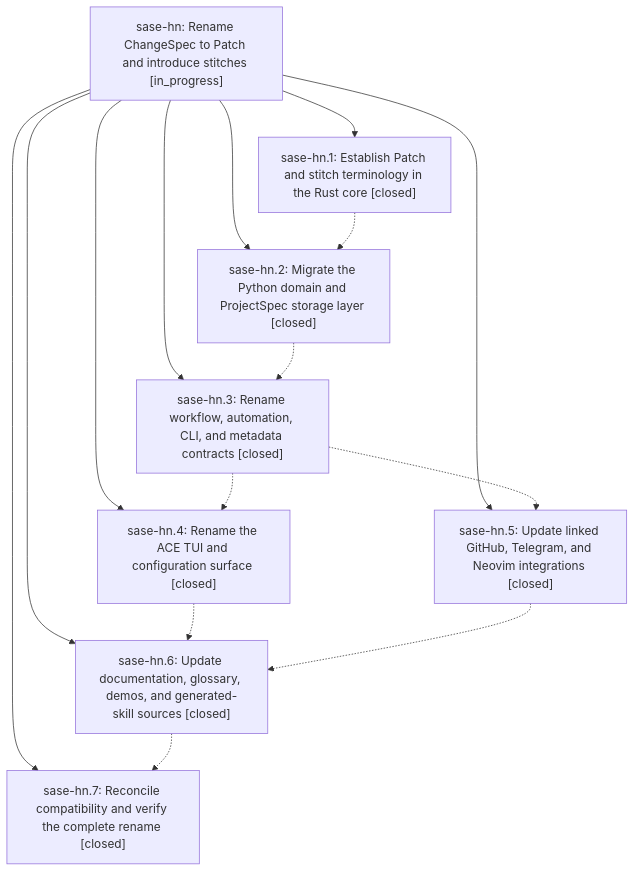
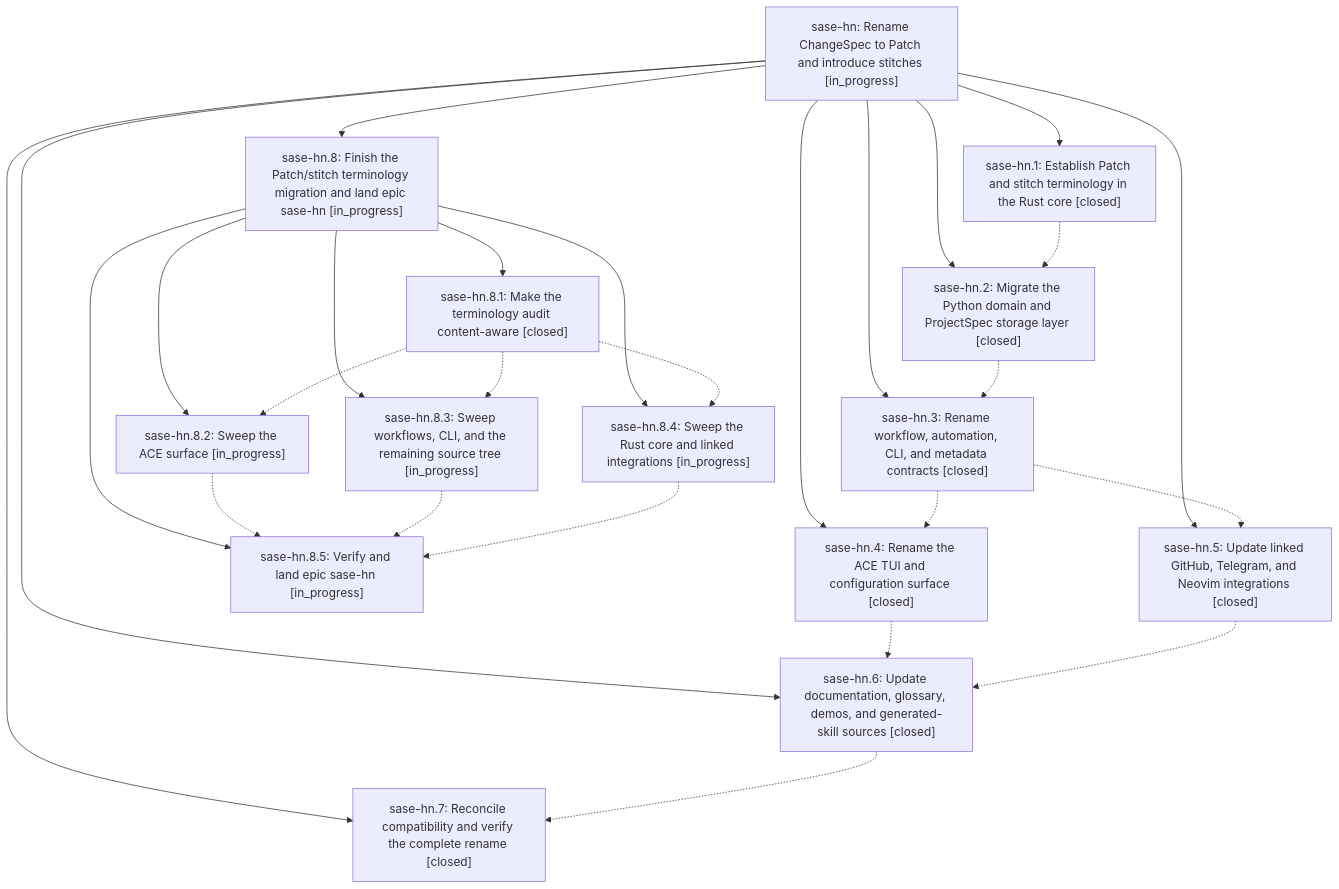
The diagram in pages/sase-hn/README.md (sase-org/sase--beads), drawn with Mermaid before and after one commit. The commit also changed other lines of this file and 9 other files, not shown here.

````diff
--- a/pages/sase-hn/README.md
+++ b/pages/sase-hn/README.md
@@ -48,25 +48,43 @@
 ```mermaid
 flowchart TD
     n0["sase-hn: Rename ChangeSpec to Patch and introduce stitches [in_progress]"]
     n1["sase-hn.1: Establish Patch and stitch terminology in the Rust core [closed]"]
     n2["sase-hn.2: Migrate the Python domain and ProjectSpec storage layer [closed]"]
     n3["sase-hn.3: Rename workflow, automation, CLI, and metadata contracts [closed]"]
     n4["sase-hn.4: Rename the ACE TUI and configuration surface [closed]"]
     n5["sase-hn.5: Update linked GitHub, Telegram, and Neovim integrations [closed]"]
     n6["sase-hn.6: Update documentation, glossary, demos, and generated-skill sources [closed]"]
     n7["sase-hn.7: Reconcile compatibility and verify the complete rename [closed]"]
+    n8["sase-hn.8: Finish the Patch/stitch terminology migration and land epic sase-hn [in_progress]"]
+    n9["sase-hn.8.1: Make the terminology audit content-aware [closed]"]
+    n10["sase-hn.8.2: Sweep the ACE surface [in_progress]"]
+    n11["sase-hn.8.3: Sweep workflows, CLI, and the remaining source tree [in_progress]"]
+    n12["sase-hn.8.4: Sweep the Rust core and linked integrations [in_progress]"]
+    n13["sase-hn.8.5: Verify and land epic sase-hn [in_progress]"]
     n0 --> n1
     n0 --> n2
     n0 --> n3
     n0 --> n4
     n0 --> n5
     n0 --> n6
     n0 --> n7
+    n0 --> n8
+    n8 --> n9
+    n8 --> n10
+    n8 --> n11
+    n8 --> n12
+    n8 --> n13
     n1 -.-> n2
     n2 -.-> n3
     n3 -.-> n4
     n3 -.-> n5
     n4 -.-> n6
     n5 -.-> n6
     n6 -.-> n7
+    n9 -.-> n10
+    n9 -.-> n11
+    n9 -.-> n12
+    n10 -.-> n13
+    n11 -.-> n13
+    n12 -.-> n13
 ```
````
